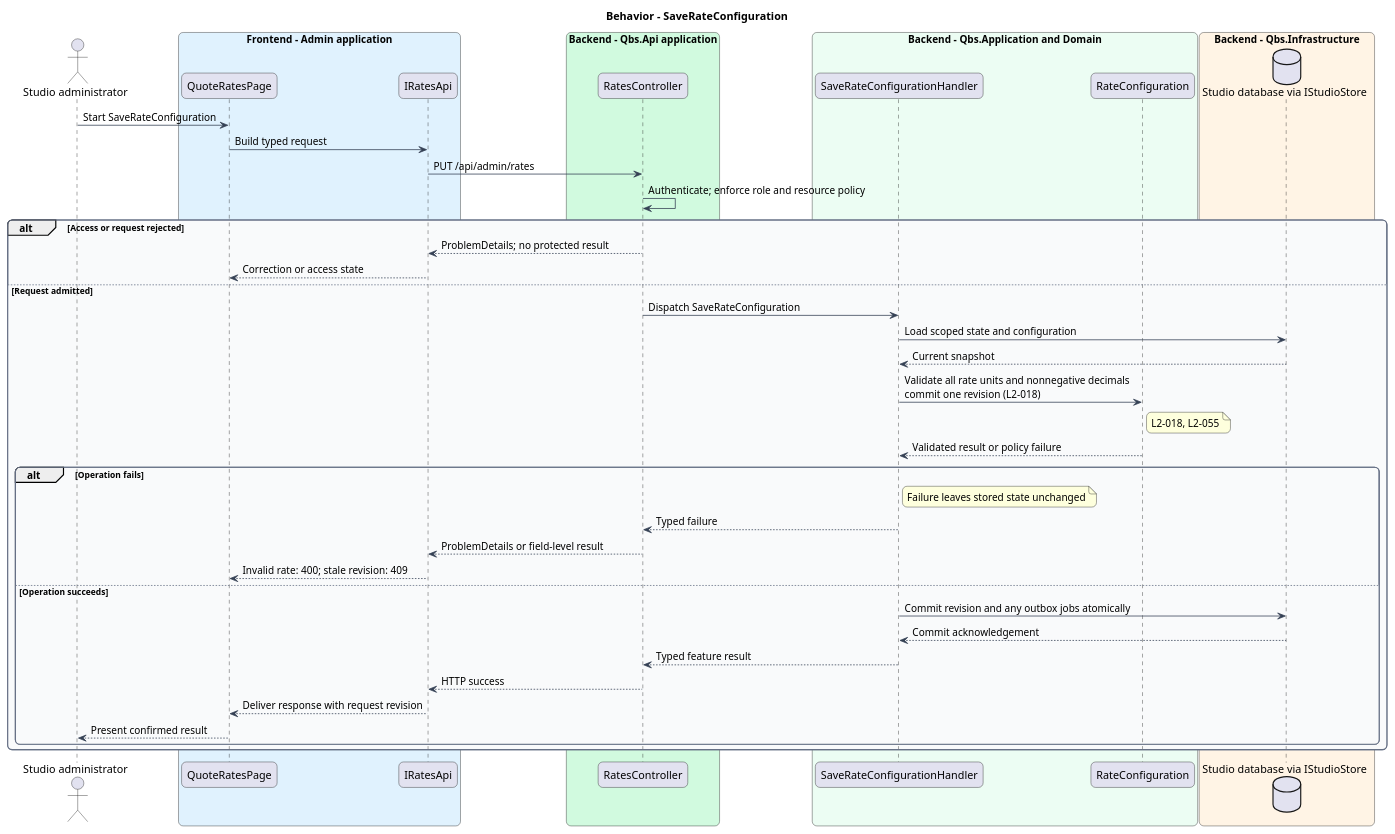
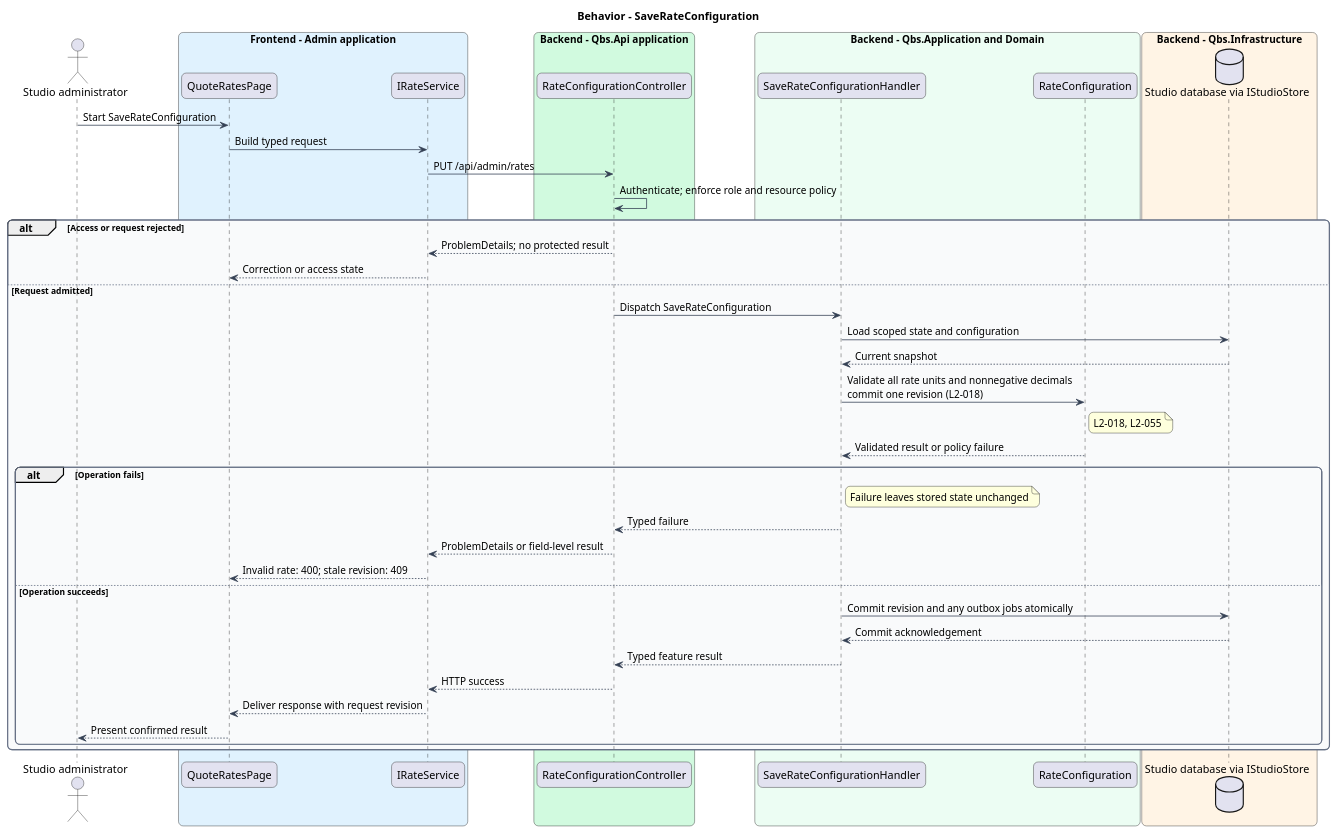
The diagram in docs/detailed-designs/quotations/configure-rates/diagrams/sequence-save-rate-configuration.puml (QuinntyneBrown/quinntyne-brown-studio), drawn with PlantUML before and after one commit. The commit also changed 236 other files, not shown here.

```diff
--- a/docs/detailed-designs/quotations/configure-rates/diagrams/sequence-save-rate-configuration.puml
+++ b/docs/detailed-designs/quotations/configure-rates/diagrams/sequence-save-rate-configuration.puml
@@ -1,62 +1,62 @@
 @startuml
 skinparam backgroundColor #FFFFFF
 skinparam shadowing false
 skinparam roundcorner 12
 skinparam defaultFontName Arial
 skinparam ArrowColor #344054
 skinparam rectangle {
   BorderColor #344054
   FontColor #101828
 }
 skinparam package {
   BorderColor #667085
   FontColor #101828
   BackgroundColor #F9FAFB
 }
 title Behavior - SaveRateConfiguration
 actor "Studio administrator" as actor
 box "Frontend - Admin application" #E0F2FE
  participant "QuoteRatesPage" as page
- participant "IRatesApi" as client
+ participant "IRateService" as client
 end box
 box "Backend - Qbs.Api application" #D1FADF
- participant "RatesController" as controller
+ participant "RateConfigurationController" as controller
 end box
 box "Backend - Qbs.Application and Domain" #ECFDF3
  participant "SaveRateConfigurationHandler" as handler
  participant "RateConfiguration" as entity
 end box
 box "Backend - Qbs.Infrastructure" #FFF4E5
  database "Studio database via IStudioStore" as db
 end box
 actor -> page : Start SaveRateConfiguration
 page -> client : Build typed request
 client -> controller : PUT /api/admin/rates
 controller -> controller : Authenticate; enforce role and resource policy
 alt Access or request rejected
 controller --> client : ProblemDetails; no protected result
 client --> page : Correction or access state
 else Request admitted
 controller -> handler : Dispatch SaveRateConfiguration
 handler -> db : Load scoped state and configuration
 db --> handler : Current snapshot
 handler -> entity : Validate all rate units and nonnegative decimals\ncommit one revision (L2-018)
 note right of entity
 L2-018, L2-055
 end note
 entity --> handler : Validated result or policy failure
 alt Operation fails
 note right of handler : Failure leaves stored state unchanged
 handler --> controller : Typed failure
 controller --> client : ProblemDetails or field-level result
 client --> page : Invalid rate: 400; stale revision: 409
 else Operation succeeds
 handler -> db : Commit revision and any outbox jobs atomically
 db --> handler : Commit acknowledgement
 handler --> controller : Typed feature result
 controller --> client : HTTP success
 client --> page : Deliver response with request revision
 page --> actor : Present confirmed result
 end
 end
 @enduml
```
